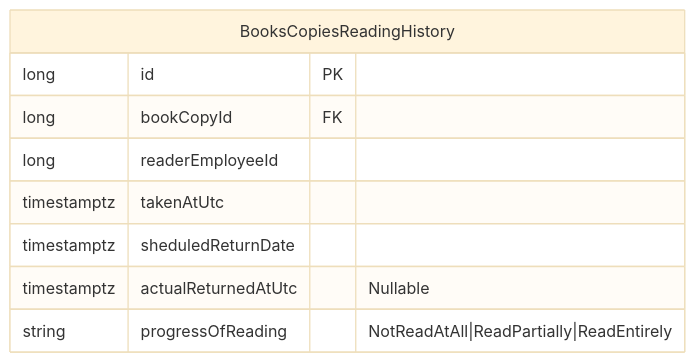
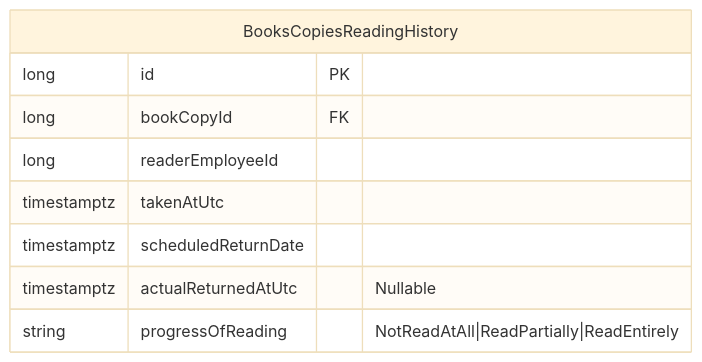
The fifth of 5 diagrams in books-api/Book Copies ADR.md (TourmalineCore/inner-circle-documentation), drawn with Mermaid (base theme) before and after one commit. The commit also changed other lines of this file and 1 other file, not shown here.

Commit message:
chore: fix typo

````diff
--- a/books-api/Book Copies ADR.md
+++ b/books-api/Book Copies ADR.md
@@ -160,12 +160,12 @@
 ```mermaid
 erDiagram
     BooksCopiesReadingHistory {
         long id PK
         long bookCopyId FK
         long readerEmployeeId
         timestamptz takenAtUtc
-        timestamptz sheduledReturnDate
+        timestamptz sсheduledReturnDate
         timestamptz actualReturnedAtUtc "Nullable"
         string progressOfReading "NotReadAtAll|ReadPartially|ReadEntirely"
     }
 ```
````
